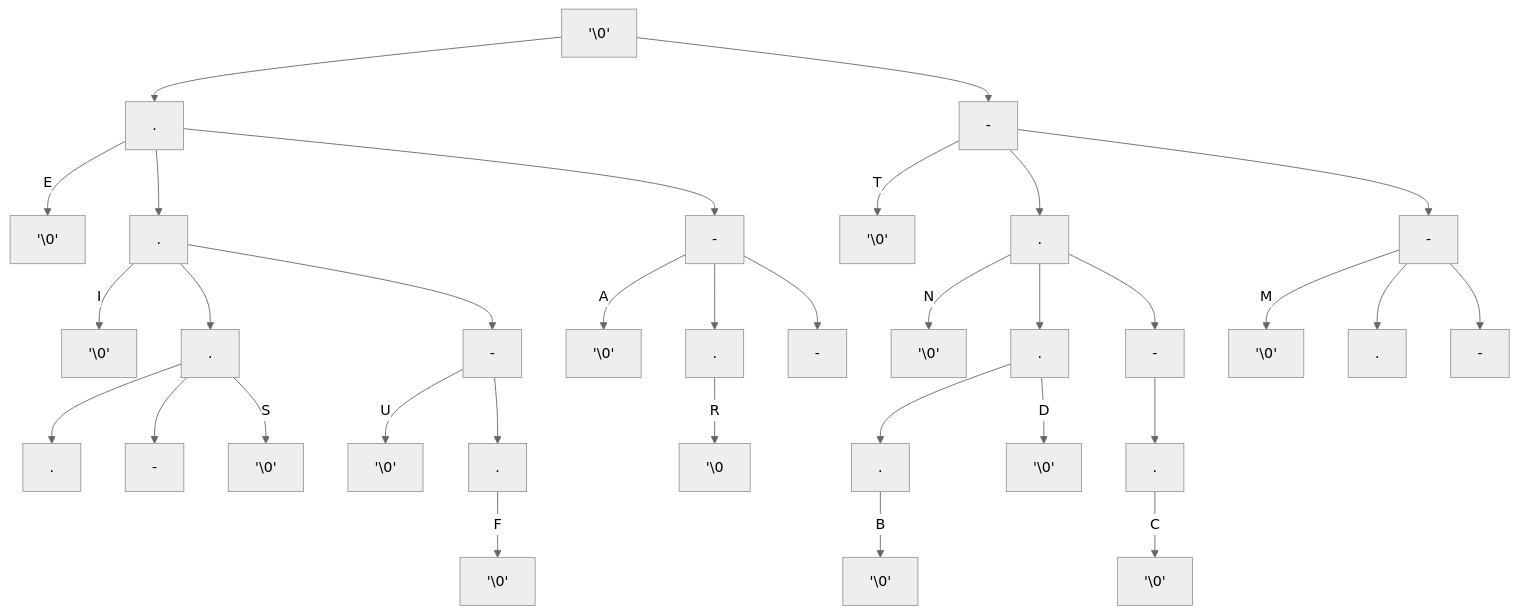
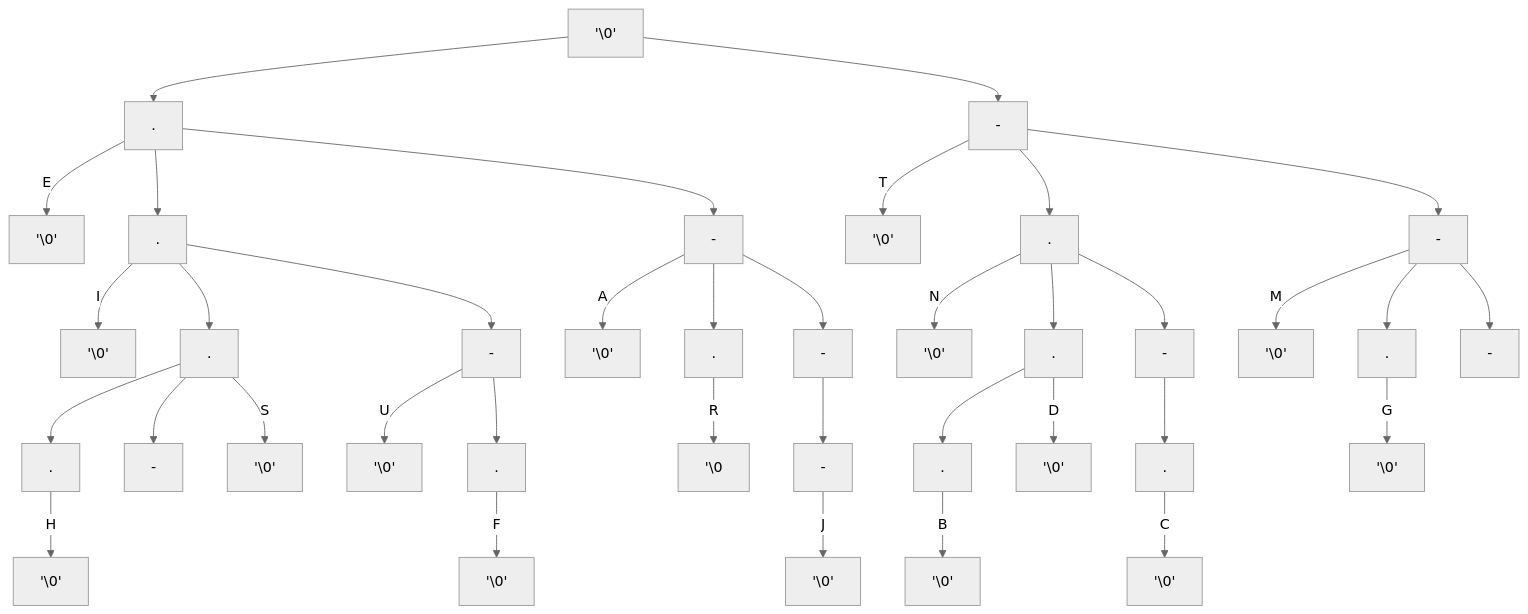
One commit to mmcnally1/arduino-projects changed the second of 2 diagrams in morse-code/README.md. Above: the diagram before and after it, drawn with Mermaid (neutral theme).

````diff
--- a/morse-code/README.md
+++ b/morse-code/README.md
@@ -27,35 +27,39 @@
 ```mermaid
 graph TD;
 A['\0'] --> B[.]
 A['\0'] --> H[-]
 B[.] -- E --> C['\0']
 B[.] --> D[.]
 D[.] -- I --> E['\0']
 B[.] --> F[-]
 F[-] -- A --> G['\0']
 H[-] -- T --> I['\0']
 H[-] --> J[.]
 J[.] -- N --> K['\0']
 H[-] --> L[-]
 L[-] -- M --> M['\0']
 D[.] --> N[.]
 D[.] --> O[-]
 L[-] --> P[.]
 L[-] --> Q[-]
 F[-] --> R[.]
 F[-] --> S[-]
 N[.] --> T[.]
 N[.] --> U[-]
 N[.] -- S --> V['\0']
 J[.] --> W[.]
 J[.] --> X[-]
 O[-] -- U --> Y['\0']
 R[.] -- R --> Z['\0]
 W[.] --> AA[.]
 AA[.] -- B --> AB['\0']
 X[-] --> AC[.]
 AC[.] -- C --> AD['\0']
 W[.] -- D --> AE['\0']
 O[-] --> AF[.]
 AF[.] -- F --> AG['\0']
+P[.] -- G --> AH['\0']
+T[.] -- H --> AI['\0']
+S[-] --> AJ[-]
+AJ[-] -- J --> Ak['\0']
 ```
````
